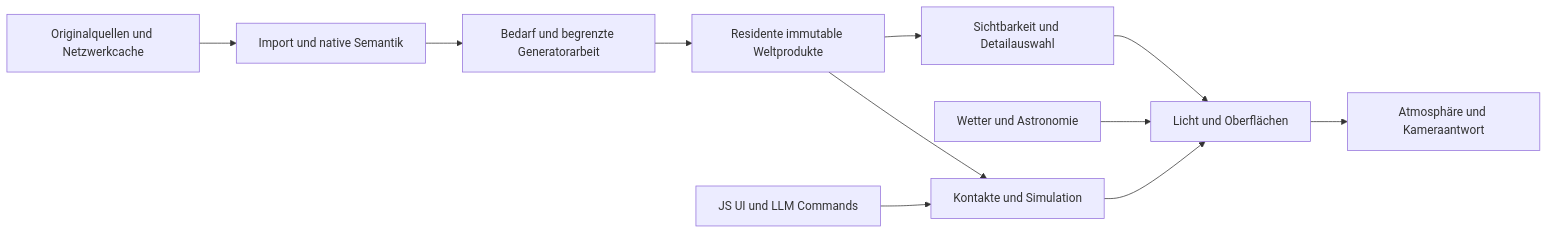
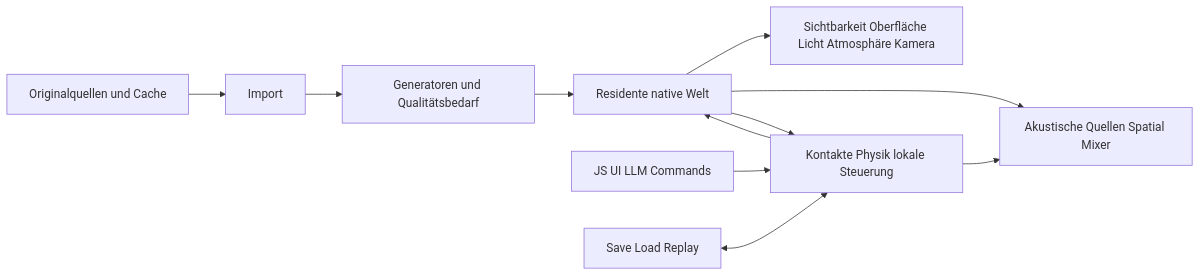
One commit to Weichwolf/outshine changed the diagram in board/2169_a_plausible_realtime_sandbox_closes_the_webcam_quality_gaps.md. Above: the diagram before and after it, drawn with Mermaid. The commit also changed other lines of this file and 3 other files, not shown here.

````diff
--- a/board/2169_a_plausible_realtime_sandbox_closes_the_webcam_quality_gaps.md
+++ b/board/2169_a_plausible_realtime_sandbox_closes_the_webcam_quality_gaps.md
@@ -49,13 +48,13 @@
 ```mermaid
 flowchart LR
-  Q[Originalquellen und Netzwerkcache] --> I[Import und native Semantik]
-  I --> G[Bedarf und begrenzte Generatorarbeit]
-  G --> W[Residente immutable Weltprodukte]
-  W --> V[Sichtbarkeit und Detailauswahl]
-  V --> R[Licht und Oberflächen]
-  A[Wetter und Astronomie] --> R
-  R --> B[Atmosphäre und Kameraantwort]
-  W --> P[Kontakte und Simulation]
-  P --> R
-  C[JS UI und LLM Commands] --> P
+  Q[Originalquellen und Cache] --> I[Import]
+  I --> G[Generatoren und Qualitätsbedarf]
+  G --> W[Residente native Welt]
+  W --> R[Sichtbarkeit Oberfläche Licht Atmosphäre Kamera]
+  W --> A[Akustische Quellen Spatial Mixer]
+  W --> P[Kontakte Physik lokale Steuerung]
+  C[JS UI LLM Commands] --> P
+  P --> W
+  P --> A
+  S[Save Load Replay] <--> P
 ```
````
